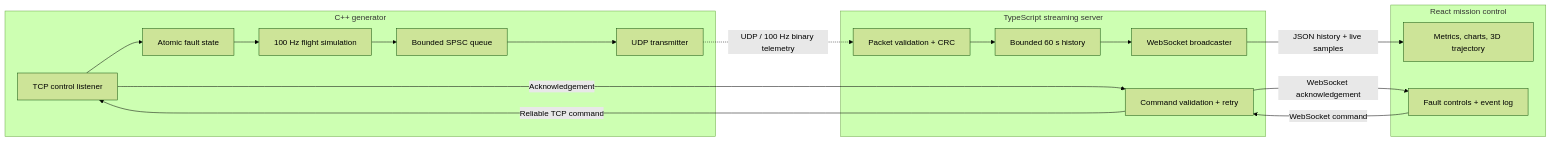
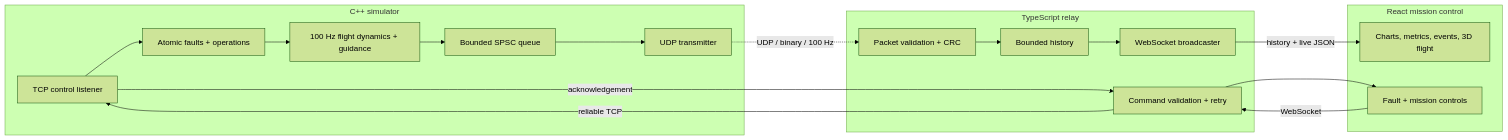
Before and after one commit to santiagomunoz15/flightdeck-x: the diagram in README.md, drawn with Mermaid (forest theme). The commit also changed other lines of this file, not shown here.

````diff
--- a/README.md
+++ b/README.md
@@ -47,27 +58,27 @@
 ```mermaid
 flowchart LR
-  subgraph Generator["C++ generator"]
-    SIM["100 Hz flight simulation"] --> QUEUE["Bounded SPSC queue"]
+  subgraph Generator["C++ simulator"]
+    SIM["100 Hz flight dynamics + guidance"] --> QUEUE["Bounded SPSC queue"]
     QUEUE --> TX["UDP transmitter"]
-    CONTROL["TCP control listener"] --> FAULTS["Atomic fault state"]
-    FAULTS --> SIM
+    CONTROL["TCP control listener"] --> STATE["Atomic faults + operations"]
+    STATE --> SIM
   end
 
-  subgraph Stream["TypeScript streaming server"]
-    VALIDATE["Packet validation + CRC"] --> HISTORY["Bounded 60 s history"]
+  subgraph Stream["TypeScript relay"]
+    VALIDATE["Packet validation + CRC"] --> HISTORY["Bounded history"]
     HISTORY --> WS["WebSocket broadcaster"]
     COMMANDS["Command validation + retry"]
   end
 
   subgraph UI["React mission control"]
-    DASH["Metrics, charts, 3D trajectory"]
-    OPERATIONS["Fault controls + event log"]
+    DASH["Charts, metrics, events, 3D flight"]
+    OPS["Fault + mission controls"]
   end
 
-  TX -. "UDP / 100 Hz binary telemetry" .-> VALIDATE
-  WS -->|"JSON history + live samples"| DASH
-  OPERATIONS -->|"WebSocket command"| COMMANDS
-  COMMANDS -->|"Reliable TCP command"| CONTROL
-  CONTROL -->|"Acknowledgement"| COMMANDS
-  COMMANDS -->|"WebSocket acknowledgement"| OPERATIONS
+  TX -. "UDP / binary / 100 Hz" .-> VALIDATE
+  WS -->|"history + live JSON"| DASH
+  OPS -->|"WebSocket"| COMMANDS
+  COMMANDS -->|"reliable TCP"| CONTROL
+  CONTROL -->|"acknowledgement"| COMMANDS
+  COMMANDS --> OPS
 ```
````
